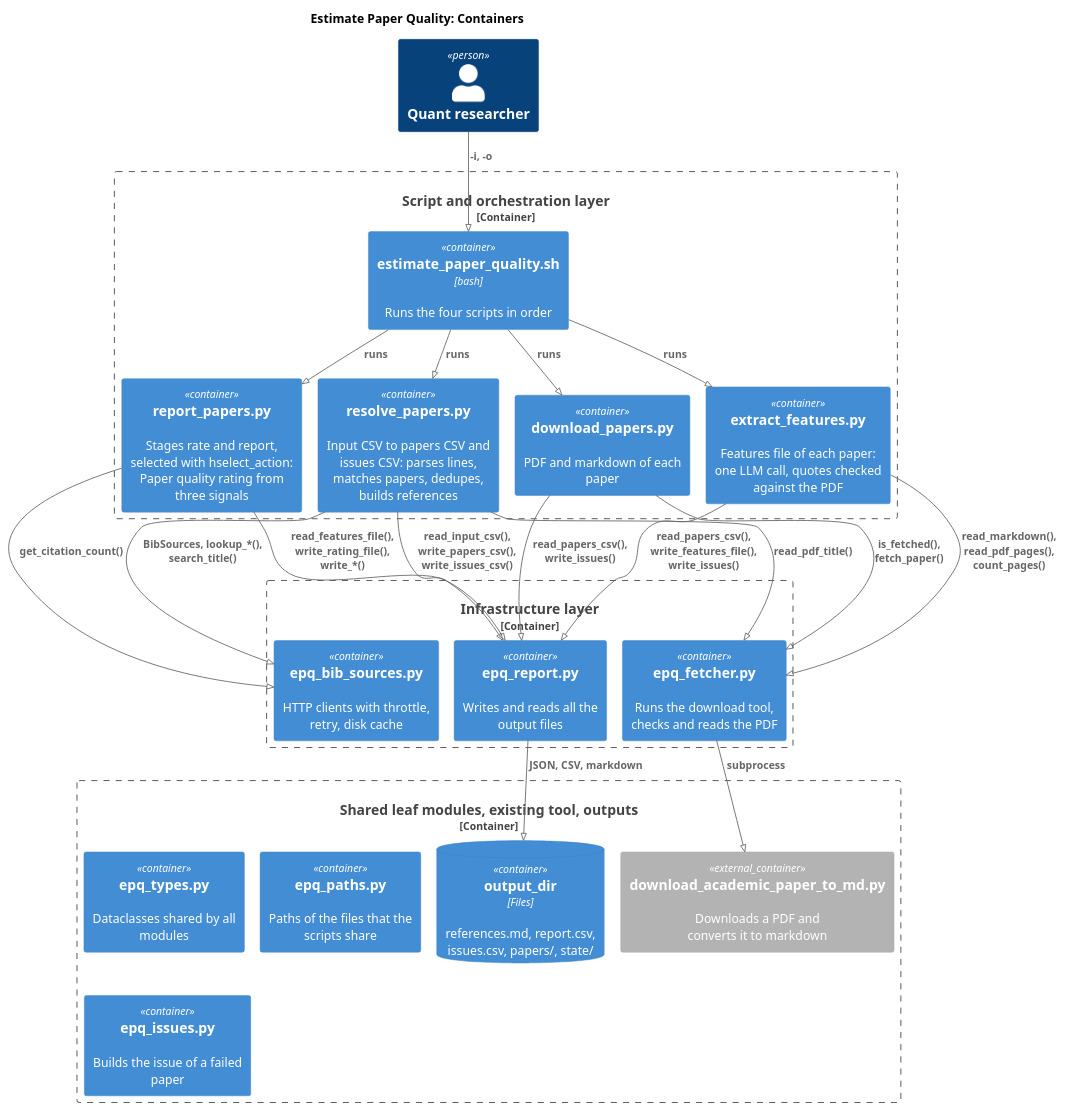
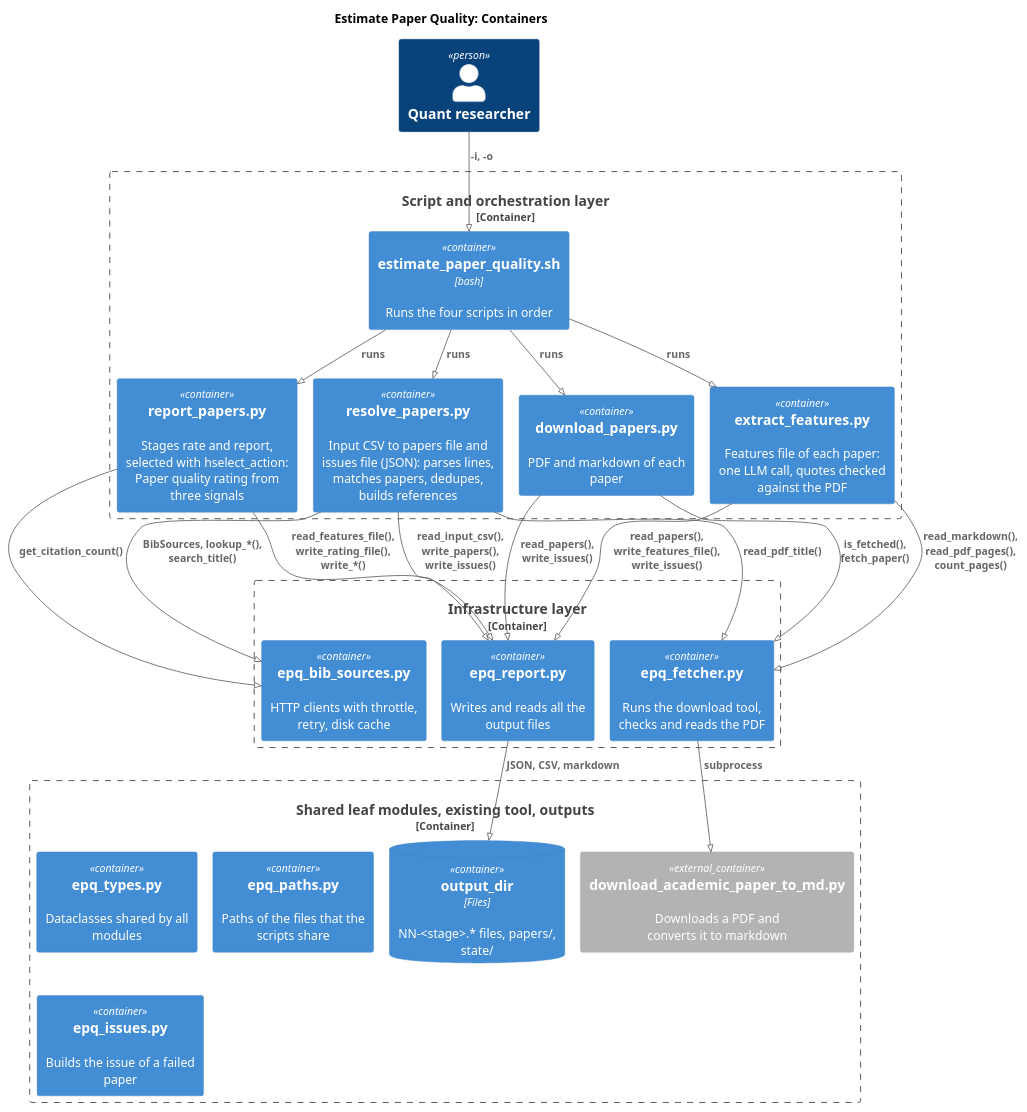
Before and after one commit to gpsaggese/gpsaggese.github.io: the second of 2 diagrams in research/Estimate_academic_paper_quality/docs/02-design.architecture.md, drawn with PlantUML. The commit also changed other lines of this file and 33 other files, not shown here.

````diff
--- a/research/Estimate_academic_paper_quality/docs/02-design.architecture.md
+++ b/research/Estimate_academic_paper_quality/docs/02-design.architecture.md
@@ -84,46 +84,46 @@
 ```plantuml
 !pragma layout smetana
 !include <C4/C4_Container>
 LAYOUT_TOP_DOWN()
 title Estimate Paper Quality: Containers
 Person(user, "Quant researcher")
 
 Container_Boundary(script, "Script and orchestration layer") {
   Container(sh, "estimate_paper_quality.sh", "bash", "Runs the four scripts in order")
-  Container(rcli, "resolve_papers.py", "", "Input CSV to papers CSV and issues CSV: parses lines, matches papers, dedupes, builds references")
+  Container(rcli, "resolve_papers.py", "", "Input CSV to papers file and issues file (JSON): parses lines, matches papers, dedupes, builds references")
   Container(dcli, "download_papers.py", "", "PDF and markdown of each paper")
   Container(ecli, "extract_features.py", "", "Features file of each paper: one LLM call, quotes checked against the PDF")
   Container(pcli, "report_papers.py", "", "Stages rate and report, selected with hselect_action: Paper quality rating from three signals")
 }
 
 Container_Boundary(infra, "Infrastructure layer") {
   Container(bib, "epq_bib_sources.py", "", "HTTP clients with throttle, retry, disk cache")
   Container(fetcher, "epq_fetcher.py", "", "Runs the download tool, checks and reads the PDF")
   Container(report, "epq_report.py", "", "Writes and reads all the output files")
 }
 
 Container_Boundary(ext, "Shared leaf modules, existing tool, outputs") {
   Container_Ext(tool, "download_academic_paper_to_md.py", "", "Downloads a PDF and converts it to markdown")
-  ContainerDb(out, "output_dir", "Files", "references.md, report.csv, issues.csv, papers/, state/")
+  ContainerDb(out, "output_dir", "Files", "NN-<stage>.* files, papers/, state/")
   Container(types, "epq_types.py", "", "Dataclasses shared by all modules")
   Container(paths, "epq_paths.py", "", "Paths of the files that the scripts share")
   Container(issues, "epq_issues.py", "", "Builds the issue of a failed paper")
 }
 
 Rel(user, sh, "~-i, ~-o")
 Rel(sh, rcli, "runs")
 Rel(sh, dcli, "runs")
 Rel(sh, ecli, "runs")
 Rel(sh, pcli, "runs")
 Rel(rcli, bib, "BibSources, lookup_*(), search_title()")
 Rel(rcli, fetcher, "read_pdf_title()")
-Rel(rcli, report, "read_input_csv(), write_papers_csv(), write_issues_csv()")
+Rel(rcli, report, "read_input_csv(), write_papers(), write_issues()")
 Rel(dcli, fetcher, "is_fetched(), fetch_paper()")
-Rel(dcli, report, "read_papers_csv(), write_issues()")
+Rel(dcli, report, "read_papers(), write_issues()")
 Rel(ecli, fetcher, "read_markdown(), read_pdf_pages(), count_pages()")
-Rel(ecli, report, "read_papers_csv(), write_features_file(), write_issues()")
+Rel(ecli, report, "read_papers(), write_features_file(), write_issues()")
 Rel(pcli, bib, "get_citation_count()")
 Rel(pcli, report, "read_features_file(), write_rating_file(), write_*()")
 Rel(fetcher, tool, "subprocess")
 Rel(report, out, "JSON, CSV, markdown")
 ```
````
